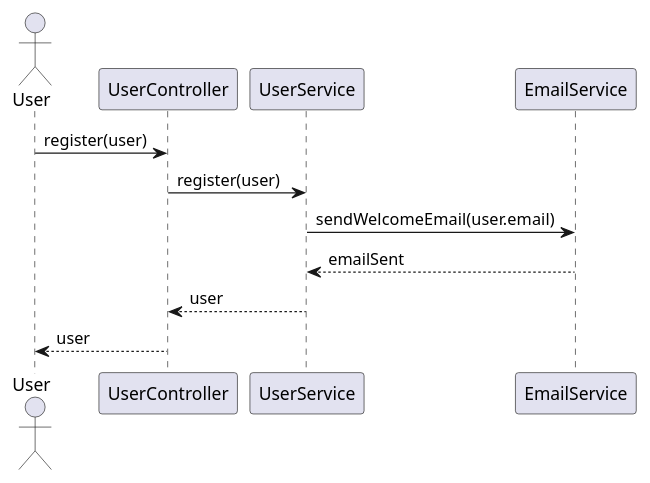
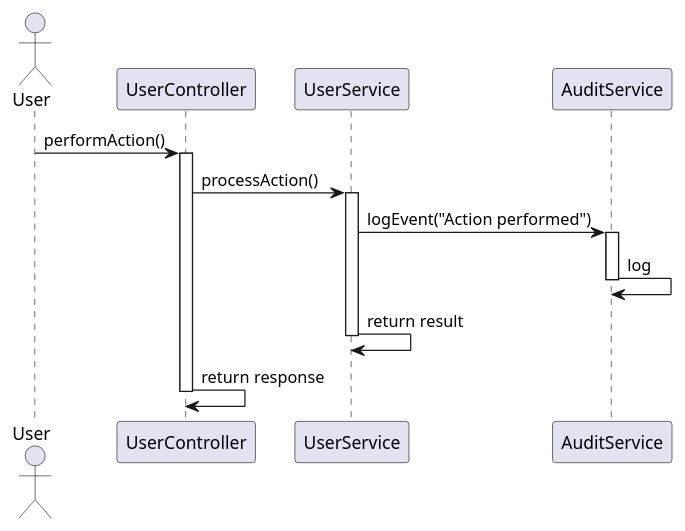
One commit to Dinesh-s95/AutoDoc.ai changed the fourth of 6 diagrams in identityprovider/documentation/detaileddesign.adoc. Above: the diagram before and after it, drawn with PlantUML. The commit also changed other lines of this file and 4 other files, not shown here.

````diff
--- a/identityprovider/documentation/detaileddesign.adoc
+++ b/identityprovider/documentation/detaileddesign.adoc
@@ -319,15 +389,26 @@
-```plantuml
+[plantuml, "business-process-sequence", png]
+----
 @startuml
 actor User
 participant UserController
 participant UserService
-participant EmailService
+participant AuditService
 
-User -> UserController : register(user)
-UserController -> UserService : register(user)
-UserService -> EmailService : sendWelcomeEmail(user.email)
-EmailService --> UserService : emailSent
-UserService --> UserController : user
-UserController --> User : user
+User -> UserController : performAction()
+activate UserController
+
+UserController -> UserService : processAction()
+activate UserService
+
+UserService -> AuditService : logEvent("Action performed")
+activate AuditService
+AuditService -> AuditService : log
+deactivate AuditService
+
+UserService -> UserService : return result
+deactivate UserService
+
+UserController -> UserController : return response
+deactivate UserController
 @enduml
-```
+----
````
